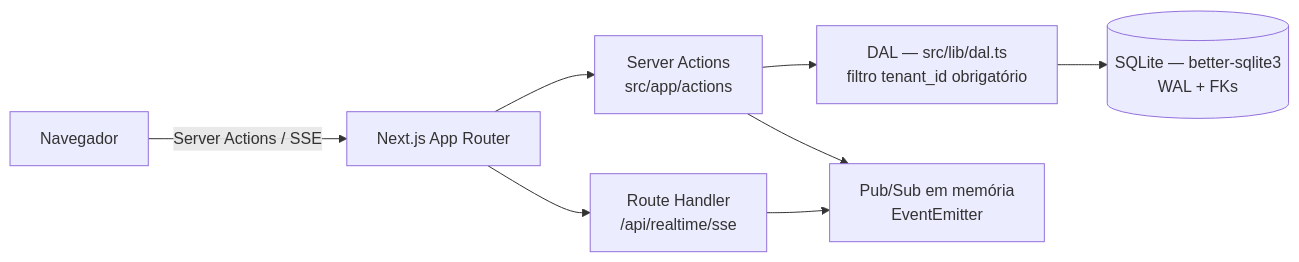
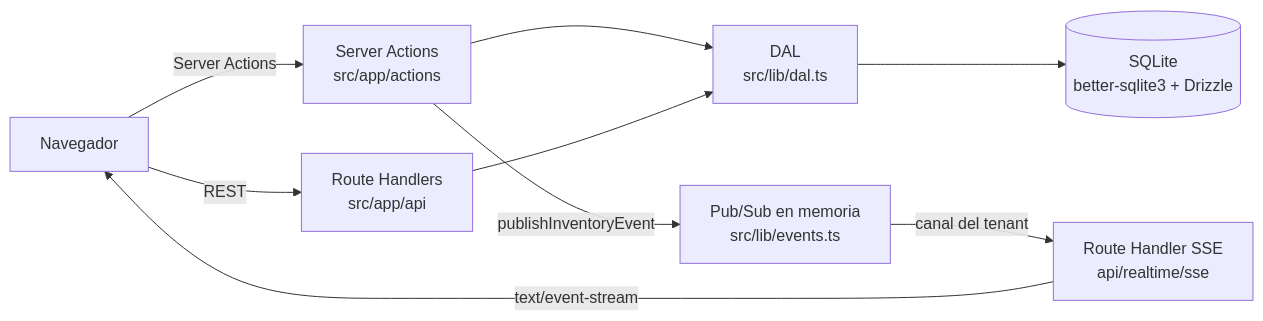
The diagram in README.md (LianCarlos/multi-tenant-engine), drawn with Mermaid before and after one commit. The commit also changed other lines of this file, not shown here.

Commit message:
docs: finalize enterprise architecture documentation and quickstart guide

````diff
--- a/README.md
+++ b/README.md
@@ -31,10 +32,11 @@
 ```mermaid
 flowchart LR
-    B[Navegador] -->|Server Actions / SSE| N[Next.js App Router]
-    N --> A[Server Actions<br/>src/app/actions]
-    N --> R[Route Handler<br/>/api/realtime/sse]
-    A --> D[DAL — src/lib/dal.ts<br/>filtro tenant_id obrigatório]
-    R --> P[Pub/Sub em memória<br/>EventEmitter]
-    A --> P
-    D --> S[(SQLite — better-sqlite3<br/>WAL + FKs)]
+    Nav[Navegador] -->|Server Actions| SA[Server Actions<br/>src/app/actions]
+    Nav -->|REST| RH[Route Handlers<br/>src/app/api]
+    SA --> DAL[DAL<br/>src/lib/dal.ts]
+    RH --> DAL
+    DAL --> DB[(SQLite<br/>better-sqlite3 + Drizzle)]
+    SA -->|publishInventoryEvent| PS[Pub/Sub en memoria<br/>src/lib/events.ts]
+    PS -->|canal del tenant| SSE[Route Handler SSE<br/>api/realtime/sse]
+    SSE -->|text/event-stream| Nav
 ```
````
